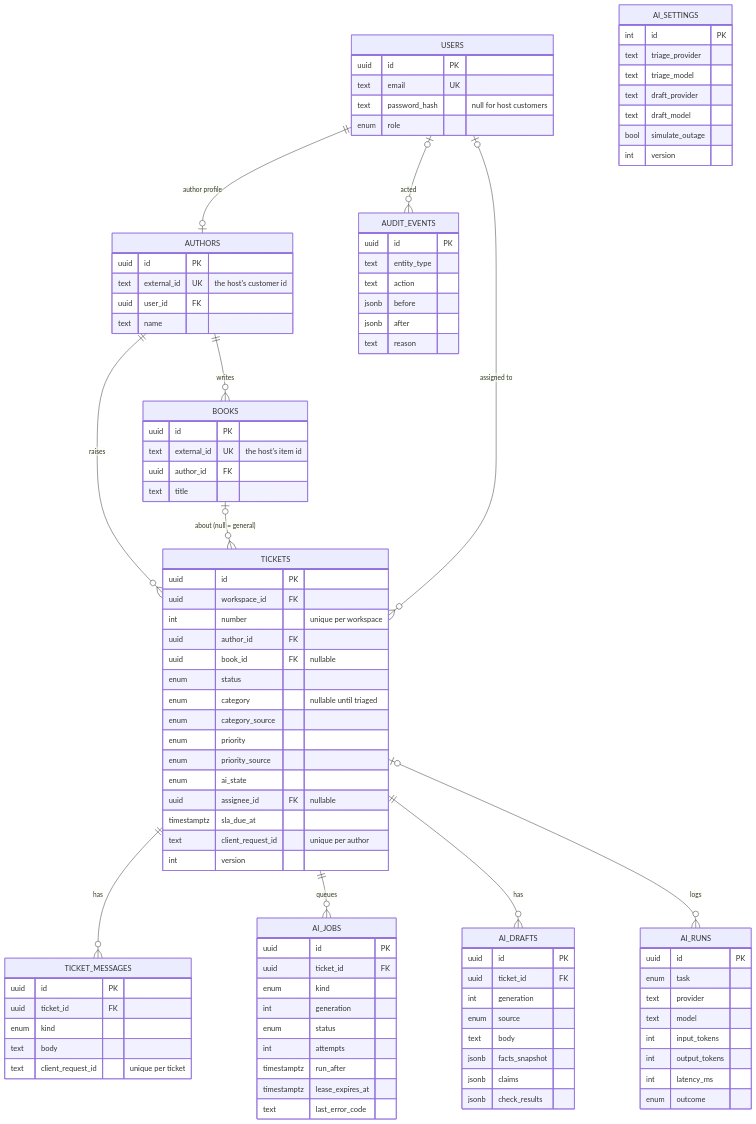
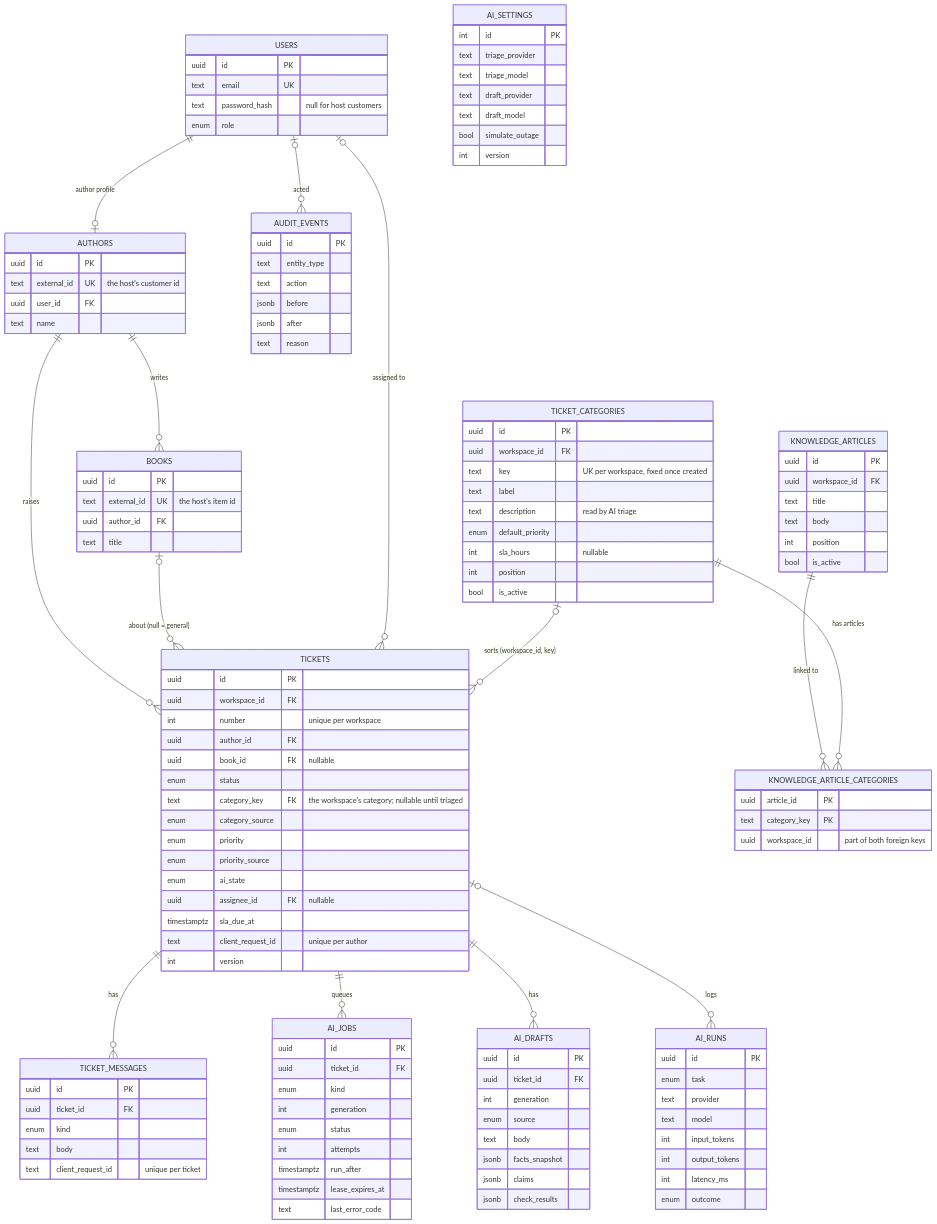
One commit to akshykmratloop/bookLeaf_support_system changed the ninth of 14 diagrams in docs/architecture.md. Above: the diagram before and after it, drawn with Mermaid. The commit also changed other lines of this file and 123 other files, not shown here.

```diff
--- a/docs/architecture.md
+++ b/docs/architecture.md
@@ -265,6 +265,9 @@
     TICKETS ||--o{ AI_DRAFTS : has
     TICKETS |o--o{ AI_RUNS : logs
     USERS |o--o{ AUDIT_EVENTS : acted
+    TICKET_CATEGORIES |o--o{ TICKETS : "sorts (workspace_id, key)"
+    KNOWLEDGE_ARTICLES ||--o{ KNOWLEDGE_ARTICLE_CATEGORIES : "linked to"
+    TICKET_CATEGORIES ||--o{ KNOWLEDGE_ARTICLE_CATEGORIES : "has articles"
 
     USERS {
         uuid id PK
@@ -291,7 +294,7 @@
         uuid author_id FK
         uuid book_id FK "nullable"
         enum status
-        enum category "nullable until triaged"
+        text category_key FK "the workspace's category; nullable until triaged"
         enum category_source
         enum priority
         enum priority_source
@@ -300,6 +303,30 @@
         timestamptz sla_due_at
         text client_request_id "unique per author"
         int version
+    }
+    TICKET_CATEGORIES {
+        uuid id PK
+        uuid workspace_id FK
+        text key "UK per workspace, fixed once created"
+        text label
+        text description "read by AI triage"
+        enum default_priority
+        int sla_hours "nullable"
+        int position
+        bool is_active
+    }
+    KNOWLEDGE_ARTICLES {
+        uuid id PK
+        uuid workspace_id FK
+        text title
+        text body
+        int position
+        bool is_active
+    }
+    KNOWLEDGE_ARTICLE_CATEGORIES {
+        uuid article_id PK
+        text category_key PK
+        uuid workspace_id "part of both foreign keys"
     }
     TICKET_MESSAGES {
         uuid id PK
```
